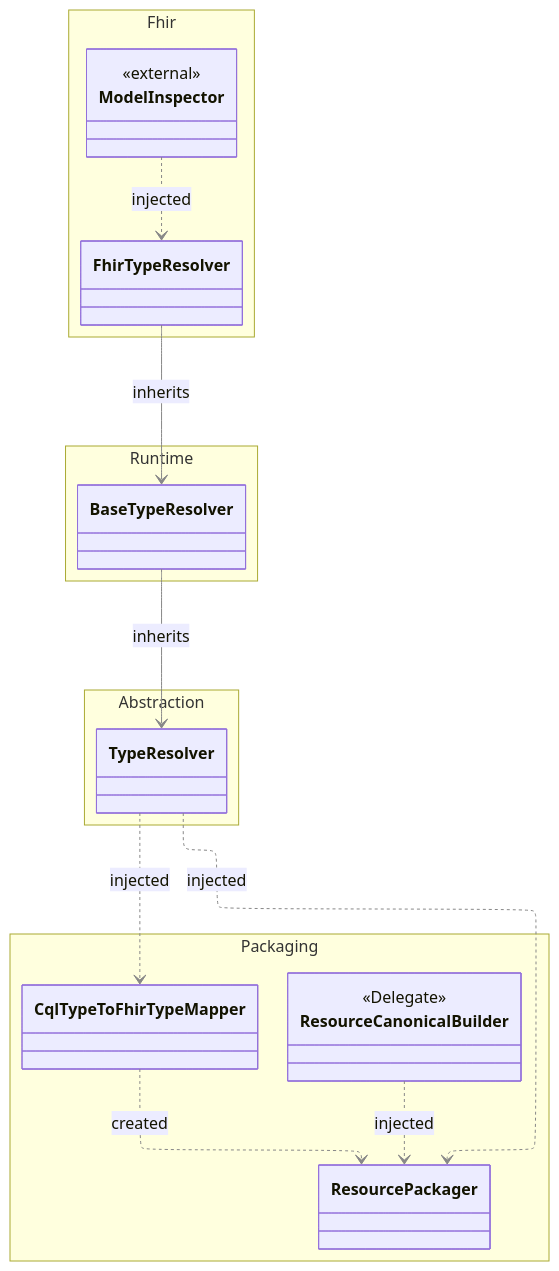
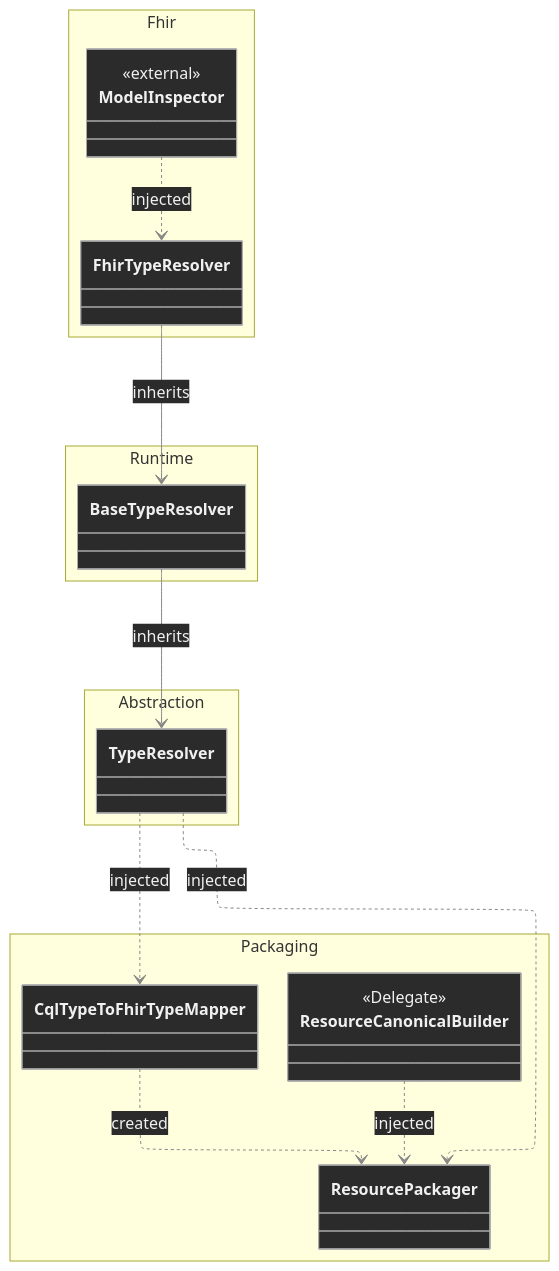
The diagram in docs/diagrams/dependency-diagrams.packaging-toolkit-services.mmd (FirelyTeam/firely-cql-sdk), drawn with Mermaid before and after one commit. The commit also changed 6 other files, not shown here.

First line of the commit message:
Give diagram vertices a dark fill and make edge labels transparent

```diff
--- a/docs/diagrams/dependency-diagrams.packaging-toolkit-services.mmd
+++ b/docs/diagrams/dependency-diagrams.packaging-toolkit-services.mmd
@@ -1,45 +1,50 @@
 %%{init: {
     'layout': 'elk',
     'themeVariables':{
       'lineColor': '#888',
-      'lineWidth': 4
-}}}%%
+      'lineWidth': 4,
+      'mainBkg': '#2b2b2b',
+      'classText': '#f0f0f0',
+      'nodeBorder': '#aaaaaa'
+    },
+    'themeCSS': '.labelBkg { background: transparent !important; } .edgeLabel .label rect { fill: transparent !important; } .edgeLabel .label span { background: transparent !important; } .edgeLabel, .edgeLabel p { color: #333 !important; }'
+}}%%
 
 classDiagram
 
     direction TB
 
     namespace Packaging {
         class ResourcePackager { }
         class ResourceCanonicalBuilder {
             <<Delegate>>
         }
         class CqlTypeToFhirTypeMapper { }
     }
 
     namespace Abstraction {
         class TypeResolver { }
     }
 
     namespace Runtime {
         class BaseTypeResolver { }
     }
 
     namespace Fhir {
         class FhirTypeResolver { }
         class ModelInspector {
             <<external>>
         }
     }
 
     %% Inheritance  
     BaseTypeResolver --> TypeResolver : inherits
     FhirTypeResolver --> BaseTypeResolver : inherits
     
     %% Dependencies                                                 
     TypeResolver ..> ResourcePackager : injected
     ResourceCanonicalBuilder ..> ResourcePackager : injected
     TypeResolver ..> CqlTypeToFhirTypeMapper : injected
     CqlTypeToFhirTypeMapper ..> ResourcePackager : created
     
     ModelInspector ..> FhirTypeResolver : injected
```
